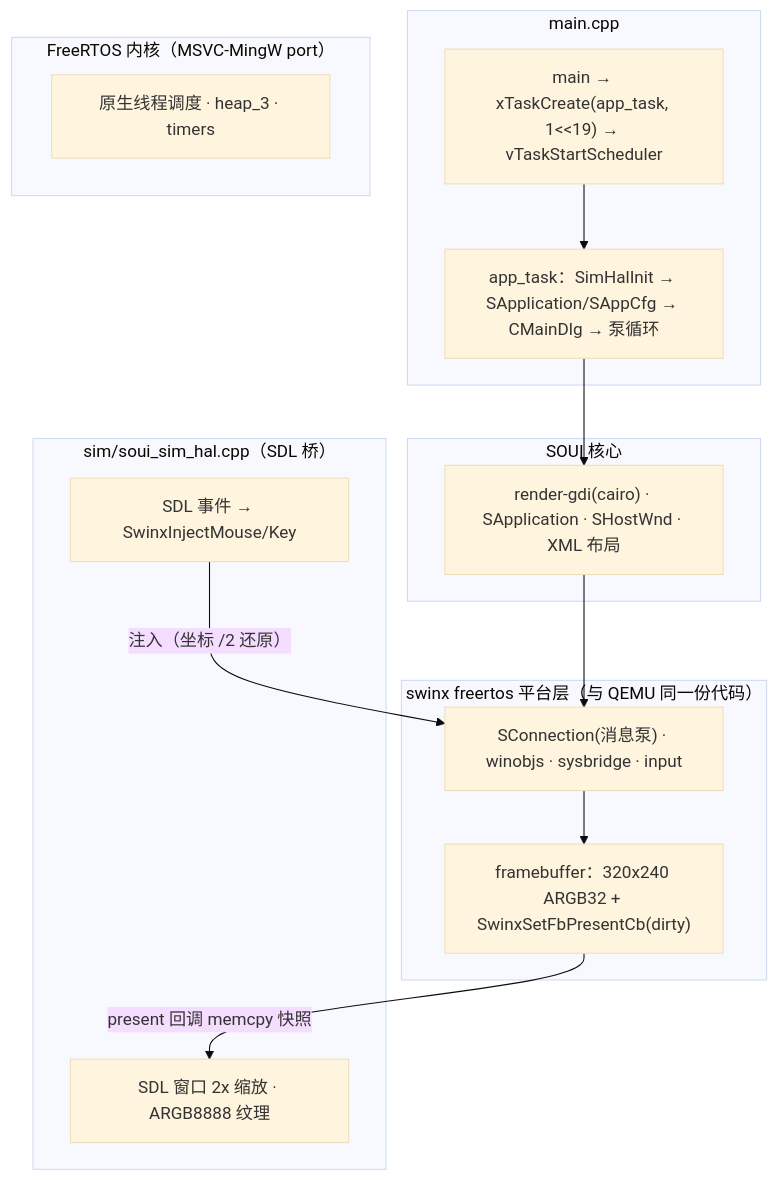
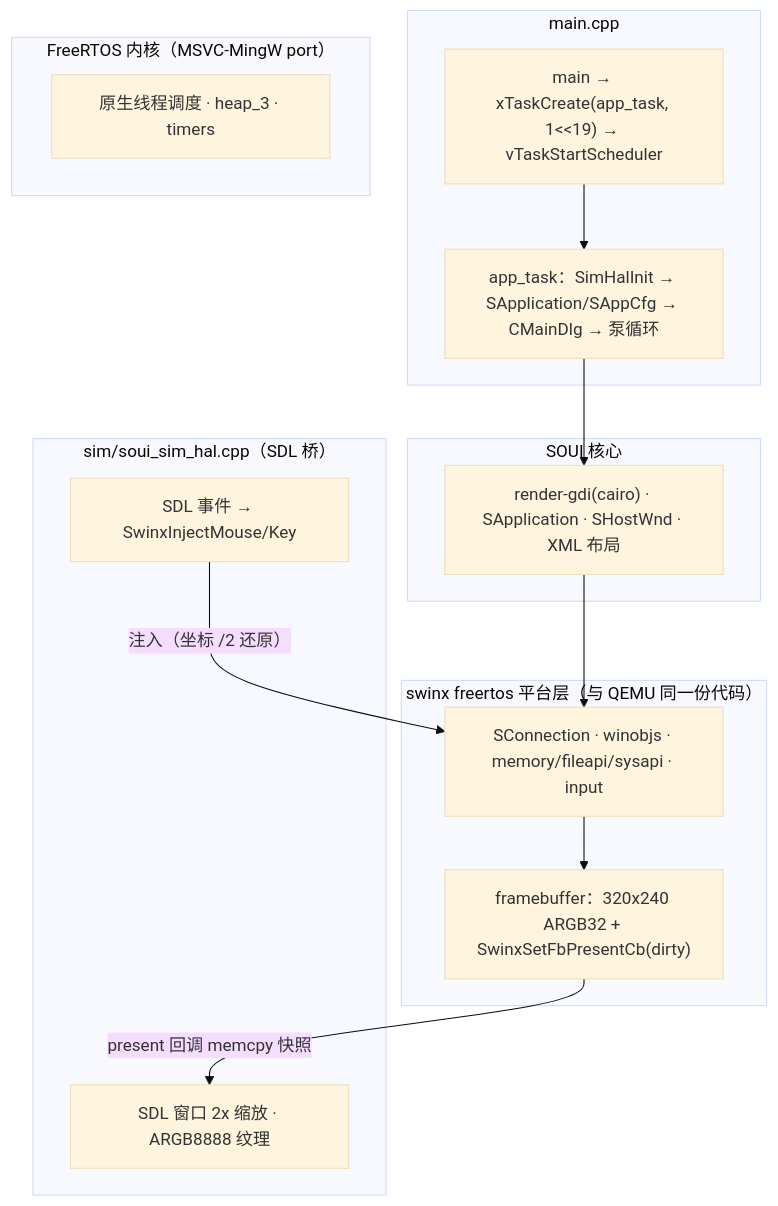
Before and after one commit to setoutsoft/soui-freertos: the third of 3 diagrams in SOUI5-FreeRTOS开发指南.md, drawn with Mermaid (base theme). The commit also changed other lines of this file and 56 other files, not shown here.

````diff
--- a/SOUI5-FreeRTOS开发指南.md
+++ b/SOUI5-FreeRTOS开发指南.md
@@ -341,23 +388,23 @@
 ```mermaid
 flowchart TB
     subgraph APP["main.cpp"]
         A1["main → xTaskCreate(app_task, 1<<19) → vTaskStartScheduler"]
         A2["app_task：SimHalInit → SApplication/SAppCfg → CMainDlg → 泵循环"]
     end
     subgraph SOUI["SOUI 核心"]
         B1["render-gdi(cairo) · SApplication · SHostWnd · XML 布局"]
     end
     subgraph SWINX["swinx freertos 平台层（与 QEMU 同一份代码）"]
-        C1["SConnection(消息泵) · winobjs · sysbridge · input"]
+        C1["SConnection · winobjs · memory/fileapi/sysapi · input"]
         C2["framebuffer：320x240 ARGB32 + SwinxSetFbPresentCb(dirty)"]
     end
     subgraph RT["FreeRTOS 内核（MSVC-MingW port）"]
         D1["原生线程调度 · heap_3 · timers"]
     end
     subgraph HAL["sim/soui_sim_hal.cpp（SDL 桥）"]
         E1["SDL 窗口 2x 缩放 · ARGB8888 纹理"]
         E2["SDL 事件 → SwinxInjectMouse/Key"]
     end
     A1 --> A2 --> B1 --> C1 --> C2 -- "present 回调 memcpy 快照" --> E1
     E2 -- "注入（坐标 /2 还原）" --> C1
 ```
````
